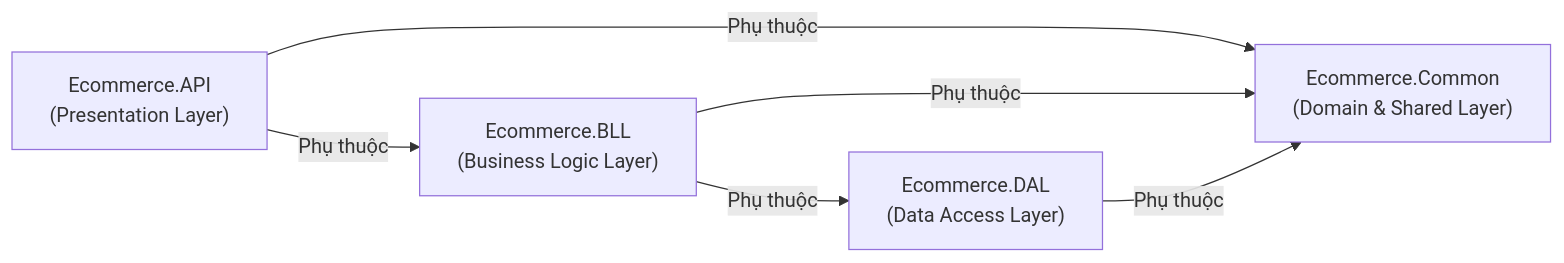
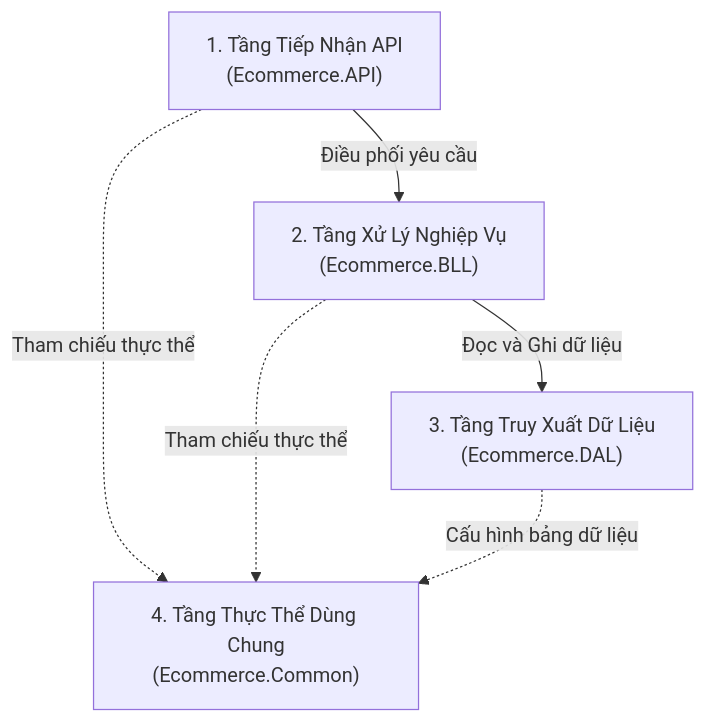
Before and after one commit to longthan12334/He-thong-thuong-mai-ien-tu-tich-hop-AI: the second of 16 diagrams in BAO_CAO_THIET_KE_HE_THONG.md, drawn with Mermaid. The commit also changed other lines of this file and 24 other files, not shown here.

````diff
--- a/BAO_CAO_THIET_KE_HE_THONG.md
+++ b/BAO_CAO_THIET_KE_HE_THONG.md
@@ -58,13 +59,13 @@
 ```mermaid
-flowchart LR
-    API["Ecommerce.API<br/>(Presentation Layer)"]
-    BLL["Ecommerce.BLL<br/>(Business Logic Layer)"]
-    DAL["Ecommerce.DAL<br/>(Data Access Layer)"]
-    Common["Ecommerce.Common<br/>(Domain & Shared Layer)"]
+flowchart TD
+    API["1. Tầng Tiếp Nhận API<br/>(Ecommerce.API)"]
+    BLL["2. Tầng Xử Lý Nghiệp Vụ<br/>(Ecommerce.BLL)"]
+    DAL["3. Tầng Truy Xuất Dữ Liệu<br/>(Ecommerce.DAL)"]
+    Common["4. Tầng Thực Thể Dùng Chung<br/>(Ecommerce.Common)"]
 
-    API -->|Phụ thuộc| BLL
-    API -->|Phụ thuộc| Common
-    BLL -->|Phụ thuộc| DAL
-    BLL -->|Phụ thuộc| Common
-    DAL -->|Phụ thuộc| Common
+    API -->|Điều phối yêu cầu| BLL
+    BLL -->|Đọc và Ghi dữ liệu| DAL
+    API -.->|Tham chiếu thực thể| Common
+    BLL -.->|Tham chiếu thực thể| Common
+    DAL -.->|Cấu hình bảng dữ liệu| Common
 ```
````
